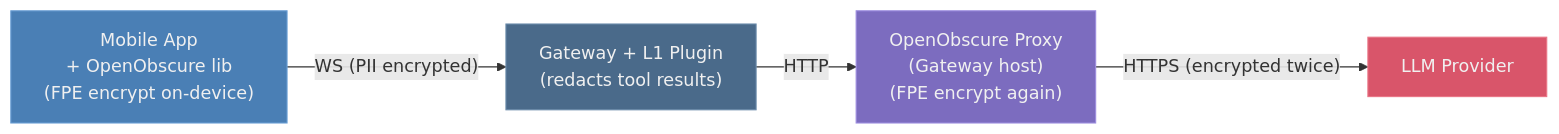
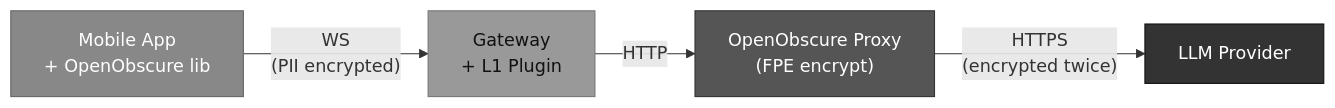
The third of 14 diagrams in ARCHITECTURE.md (OpenObscure/OpenObscure), drawn with Mermaid before and after one commit. The commit also changed other lines of this file and 4 other files, not shown here.

First line of the commit message:
Convert all mermaid diagrams to grayscale and fix text/box overlaps

````diff
--- a/ARCHITECTURE.md
+++ b/ARCHITECTURE.md
@@ -108,11 +108,11 @@
 ```mermaid
 flowchart LR
-    phone["Mobile App<br>+ OpenObscure lib<br>(FPE encrypt on-device)"] -- "WS (PII encrypted)" --> gw["Gateway + L1 Plugin<br>(redacts tool results)"]
-    gw -- "HTTP" --> proxy["OpenObscure Proxy<br>(Gateway host)<br>(FPE encrypt again)"]
-    proxy -- "HTTPS (encrypted twice)" --> llm["LLM Provider"]
+    phone["Mobile App\n+ OpenObscure lib"] -- "WS\n(PII encrypted)" --> gw["Gateway\n+ L1 Plugin"]
+    gw -- "HTTP" --> proxy["OpenObscure Proxy\n(FPE encrypt)"]
+    proxy -- "HTTPS\n(encrypted twice)" --> llm["LLM Provider"]
 
-    style phone fill:#4a7fb5,stroke:#6a9fd5,color:#f0f0f0
-    style gw fill:#4a6a8a,stroke:#6a8aaa,color:#f0f0f0
-    style proxy fill:#7c6cbf,stroke:#9c8cdf,color:#f0f0f0
-    style llm fill:#d9556a,stroke:#e97585,color:#f0f0f0
+    style phone fill:#888,stroke:#666,color:#fff
+    style gw fill:#999,stroke:#777,color:#111
+    style proxy fill:#555,stroke:#333,color:#fff
+    style llm fill:#333,stroke:#111,color:#fff
 ```
````
